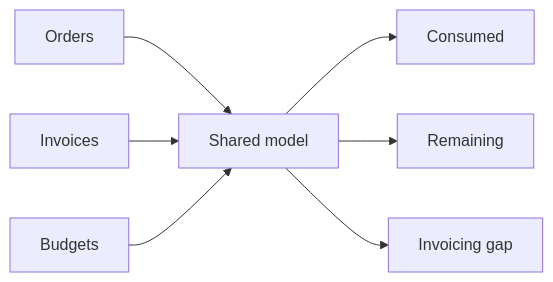
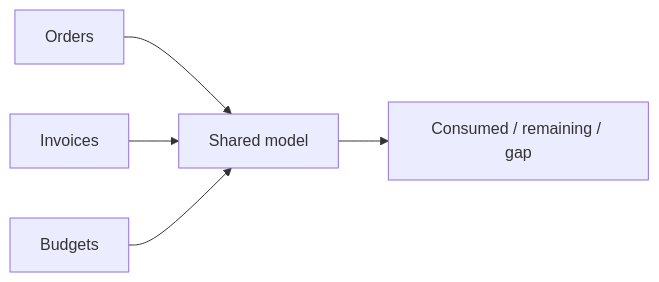
The first of 2 diagrams in powerbi-p2-consumables-financial-monitoring/README.md (jeffersonkuku/powerbi-portfolio-projects), drawn with Mermaid before and after one commit. The commit also changed other lines of this file and 5 other files, not shown here.

````diff
--- a/powerbi-p2-consumables-financial-monitoring/README.md
+++ b/powerbi-p2-consumables-financial-monitoring/README.md
@@ -19,9 +15,7 @@
 ```mermaid
 flowchart LR
     A[Orders] --> D[Shared model]
     B[Invoices] --> D
     C[Budgets] --> D
-    D --> E[Consumed]
-    D --> F[Remaining]
-    D --> G[Invoicing gap]
+    D --> E[Consumed / remaining / gap]
 ```
````
